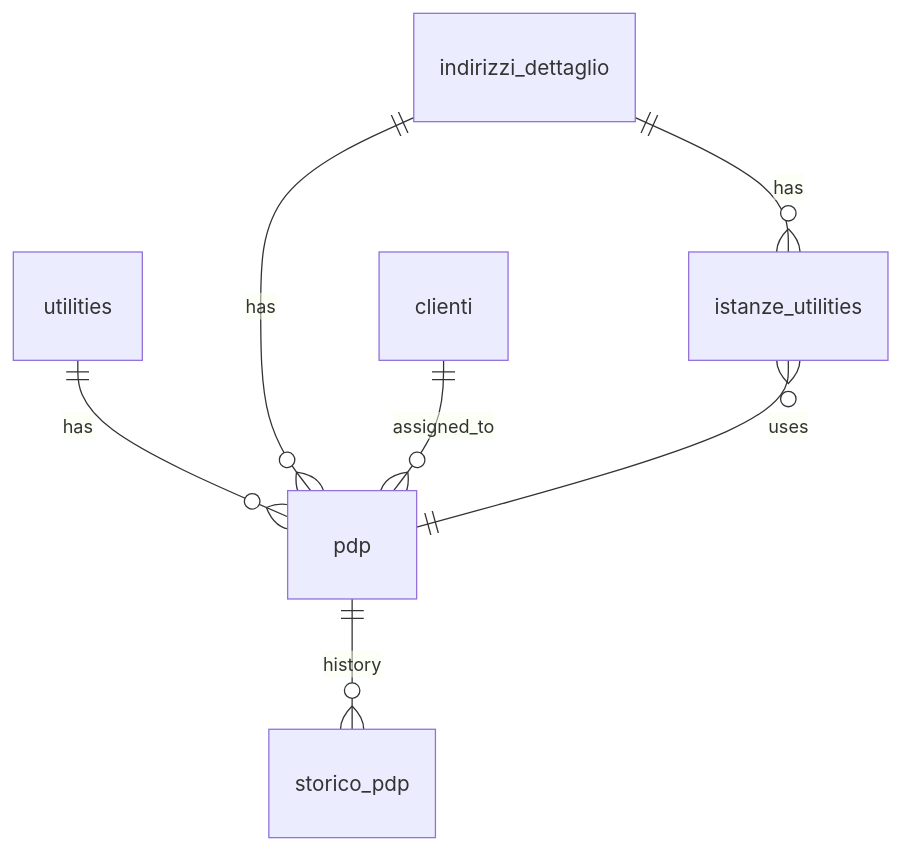
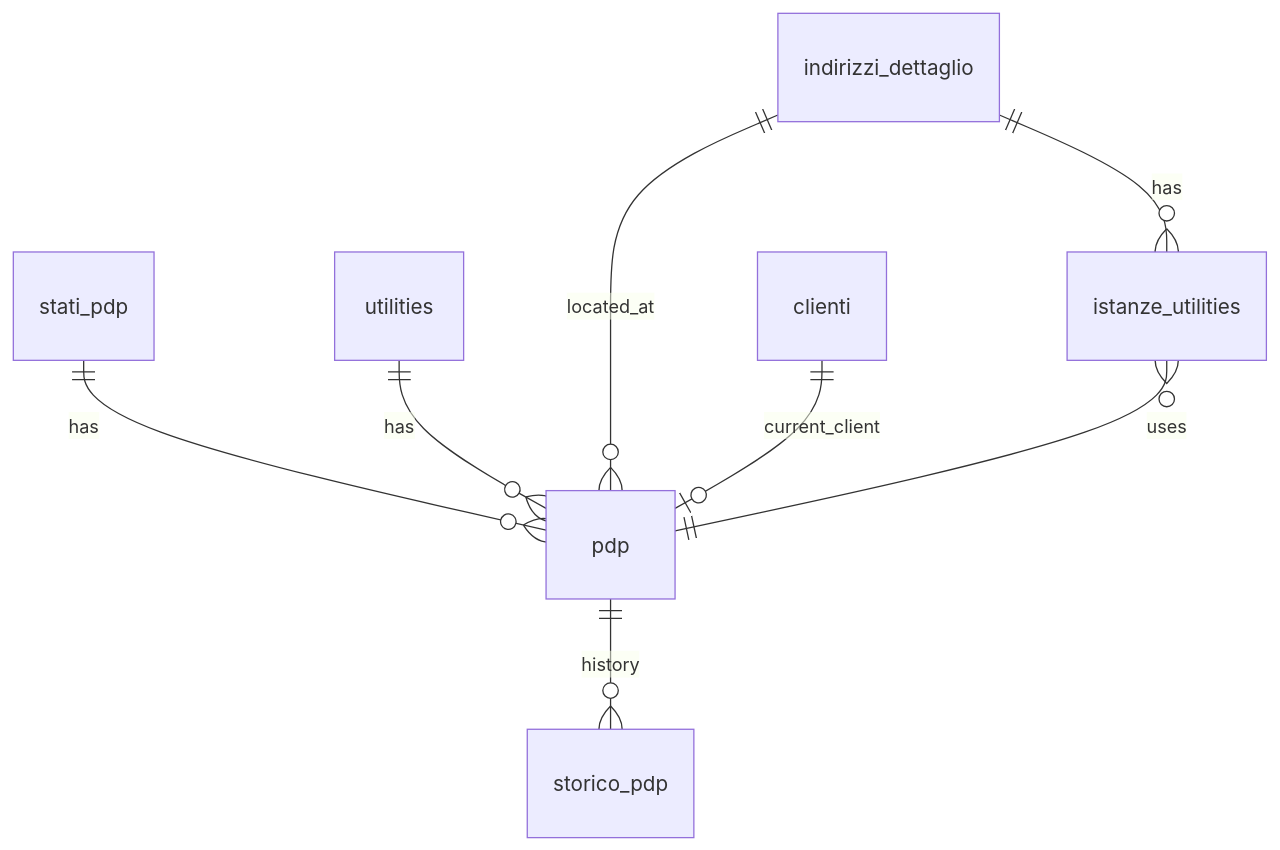
Before and after one commit to Tito-it/ZeroErp: the first of 2 diagrams in docs/it/dbzero/anagrafiche/manual/pdp.md, drawn with Mermaid. The commit also changed other lines of this file and 27 other files, not shown here.

````diff
--- a/docs/it/dbzero/anagrafiche/manual/pdp.md
+++ b/docs/it/dbzero/anagrafiche/manual/pdp.md
@@ -192,12 +178,13 @@
 ```mermaid
 %%{init: {'er': {'layoutDirection': 'TB'}}}%%
 erDiagram
-    utilities            ||--o{ pdp                : has
-    indirizzi_dettaglio  ||--o{ pdp                : has
-    clienti              ||--o{ pdp                : assigned_to
+    stati_pdp           ||--o{ pdp                 : has
+    utilities           ||--o{ pdp                 : has
+    indirizzi_dettaglio ||--o{ pdp                 : located_at
+    clienti             ||--o| pdp                 : current_client
 
-    pdp                  ||--o{ storico_pdp        : history
+    pdp                 ||--o{ storico_pdp         : history
 
-    indirizzi_dettaglio  ||--o{ istanze_utilities  : has
-    istanze_utilities    }o--|| pdp                : uses
+    indirizzi_dettaglio ||--o{ istanze_utilities   : has
+    istanze_utilities   }o--|| pdp                 : uses
 ```
````
